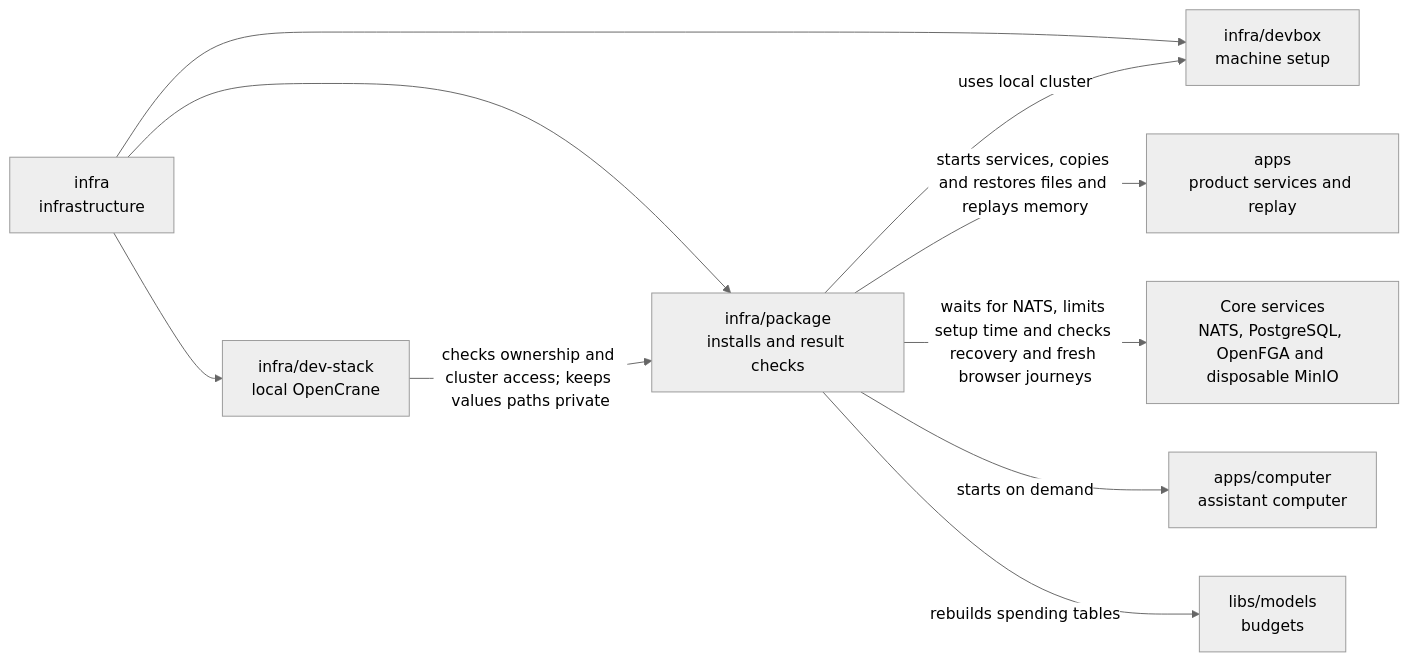
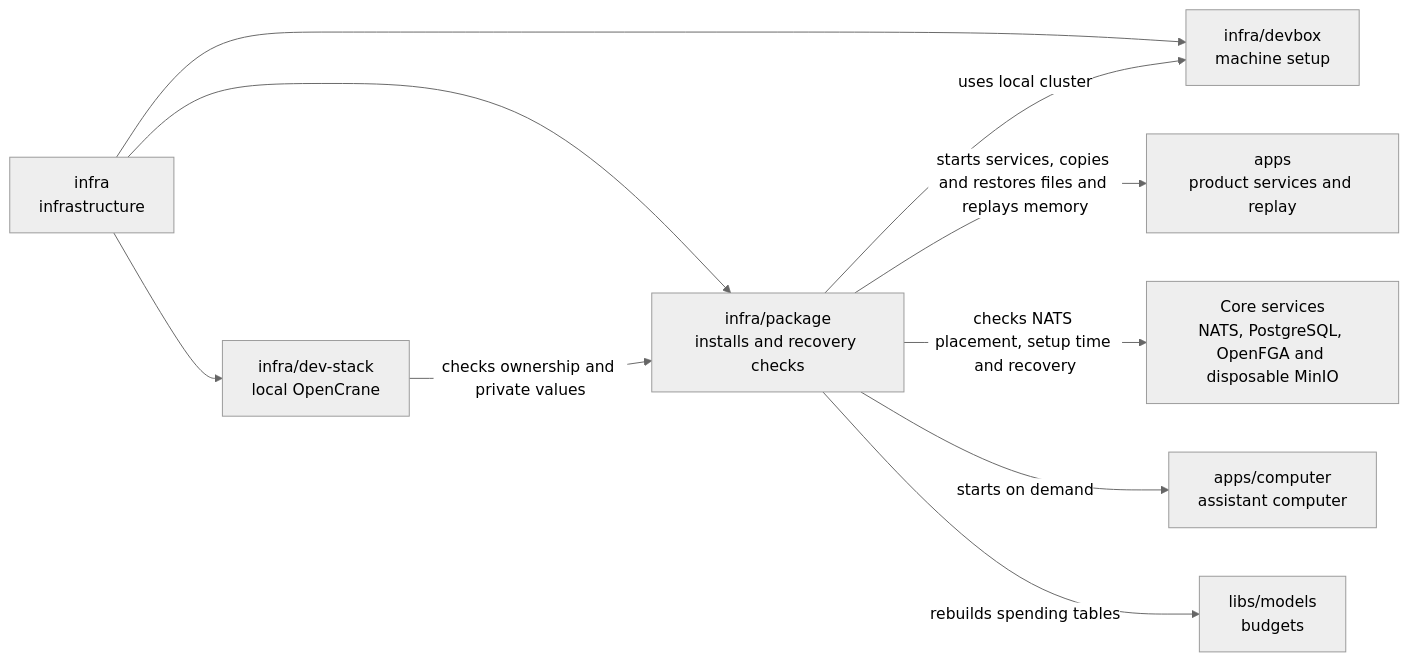
One commit to elewa-git/opencrane-new changed the diagram in infra/package/README.md. Above: the diagram before and after it, drawn with Mermaid (neutral theme). The commit also changed other lines of this file and 19 other files, not shown here.

Commit message:
🔒 Admit prepared three-node packages after ownership and compatibility checks

````diff
--- a/infra/package/README.md
+++ b/infra/package/README.md
@@ -19,12 +19,12 @@
 ```mermaid
 flowchart LR
-  infra["infra<br/>infrastructure"] --> package["infra/package<br/>installs and result checks"]
+  infra["infra<br/>infrastructure"] --> package["infra/package<br/>installs and recovery checks"]
   infra --> stack["infra/dev-stack<br/>local OpenCrane"]
   infra --> devbox["infra/devbox<br/>machine setup"]
-  stack -->|checks ownership and cluster access; keeps values paths private| package
+  stack -->|checks ownership and private values| package
   package -->|uses local cluster| devbox
   package -->|starts services, copies and restores files and replays memory| apps["apps<br/>product services and replay"]
-  package -->|waits for NATS, limits setup time and checks recovery and fresh browser journeys| services["Core services<br/>NATS, PostgreSQL, OpenFGA and disposable MinIO"]
+  package -->|checks NATS placement, setup time and recovery| services["Core services<br/>NATS, PostgreSQL, OpenFGA and disposable MinIO"]
   package -->|starts on demand| computer["apps/computer<br/>assistant computer"]
   package -->|rebuilds spending tables| models["libs/models<br/>budgets"]
 ```
````
